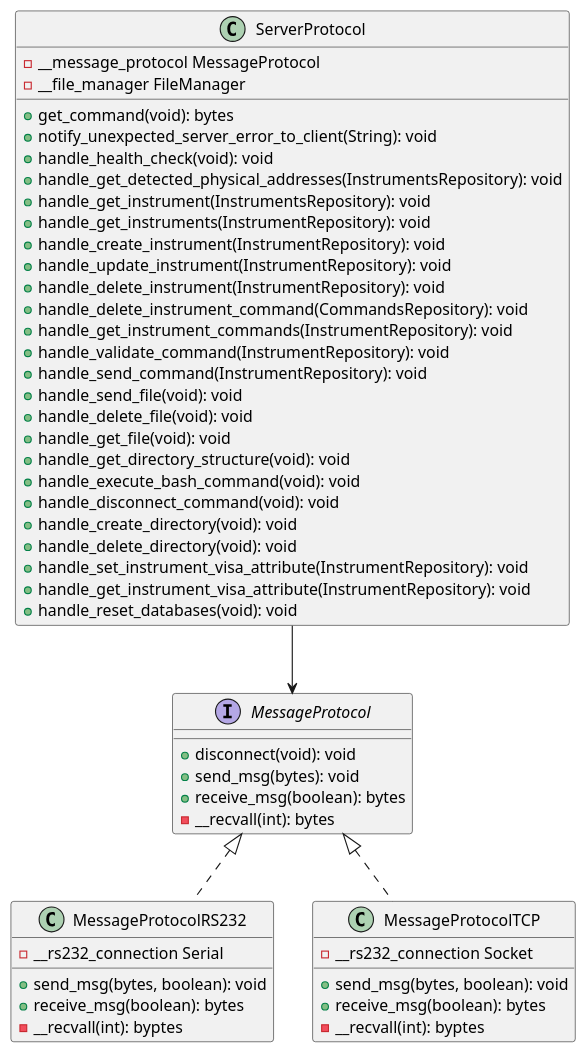
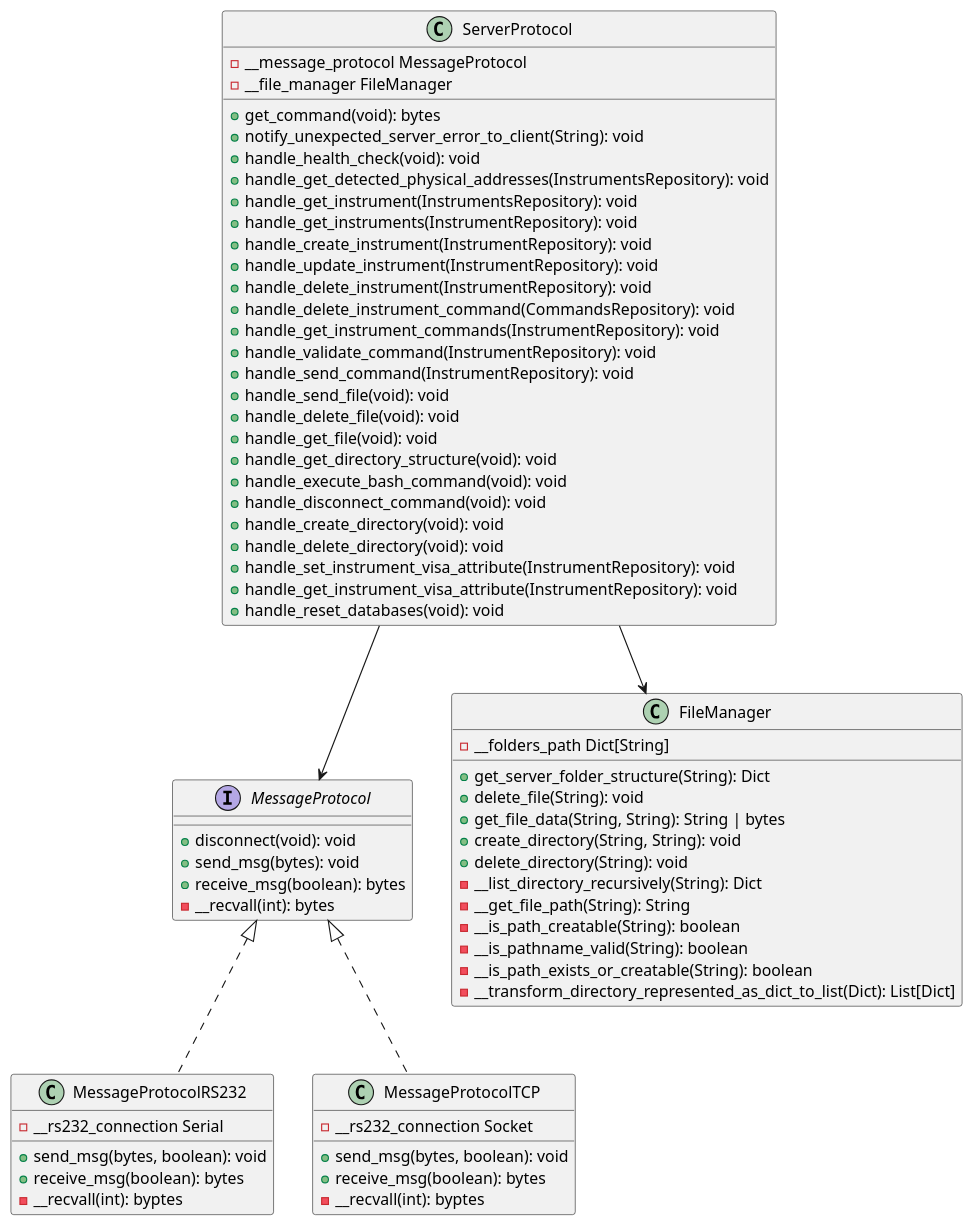
The diagram in docs/diagrams/class_diagram_protocol.puml (open-lisa/Open-LISA-Server), drawn with PlantUML before and after one commit. The commit also changed 1 other file, not shown here.

Commit message:
add class diagram protocol

```diff
--- a/docs/diagrams/class_diagram_protocol.puml
+++ b/docs/diagrams/class_diagram_protocol.puml
@@ -1,60 +1,79 @@
 @startuml
 interface MessageProtocol {
 
 
   + disconnect(void): void
   + send_msg(bytes): void
   + receive_msg(boolean): bytes
   - __recvall(int): bytes
 }
 
 class MessageProtocolRS232 {
   - __rs232_connection Serial
 
   + send_msg(bytes, boolean): void
   + receive_msg(boolean): bytes
   - __recvall(int): byptes
 }
 
 class MessageProtocolTCP {
   - __rs232_connection Socket
 
   + send_msg(bytes, boolean): void
   + receive_msg(boolean): bytes
   - __recvall(int): byptes
 }
 
 class ServerProtocol {
   - __message_protocol MessageProtocol
   - __file_manager FileManager
 
   + get_command(void): bytes
   + notify_unexpected_server_error_to_client(String): void
   + handle_health_check(void): void
   + handle_get_detected_physical_addresses(InstrumentsRepository): void
   + handle_get_instrument(InstrumentsRepository): void
   + handle_get_instruments(InstrumentRepository): void
   + handle_create_instrument(InstrumentRepository): void
   + handle_update_instrument(InstrumentRepository): void
   + handle_delete_instrument(InstrumentRepository): void
   + handle_delete_instrument_command(CommandsRepository): void
   + handle_get_instrument_commands(InstrumentRepository): void
   + handle_validate_command(InstrumentRepository): void
   + handle_send_command(InstrumentRepository): void
   + handle_send_file(void): void
   + handle_delete_file(void): void
   + handle_get_file(void): void
   + handle_get_directory_structure(void): void
   + handle_execute_bash_command(void): void
   + handle_disconnect_command(void): void
   + handle_create_directory(void): void
   + handle_delete_directory(void): void
   + handle_set_instrument_visa_attribute(InstrumentRepository): void
   + handle_get_instrument_visa_attribute(InstrumentRepository): void
   + handle_reset_databases(void): void
 }
 
+class FileManager {
+  - __folders_path Dict[String]
+
+
+  + get_server_folder_structure(String): Dict
+  + delete_file(String): void
+  + get_file_data(String, String): String | bytes
+  + create_directory(String, String): void
+  + delete_directory(String): void
+  - __list_directory_recursively(String): Dict
+  - __get_file_path(String): String
+  - __is_path_creatable(String): boolean
+  - __is_pathname_valid(String): boolean
+  - __is_path_exists_or_creatable(String): boolean
+  - __transform_directory_represented_as_dict_to_list(Dict): List[Dict]
+
+}
+
 class MessageProtocolRS232 implements MessageProtocol
 class MessageProtocolTCP implements MessageProtocol
 ServerProtocol --> MessageProtocol
+ServerProtocol --> FileManager
 @enduml
```
